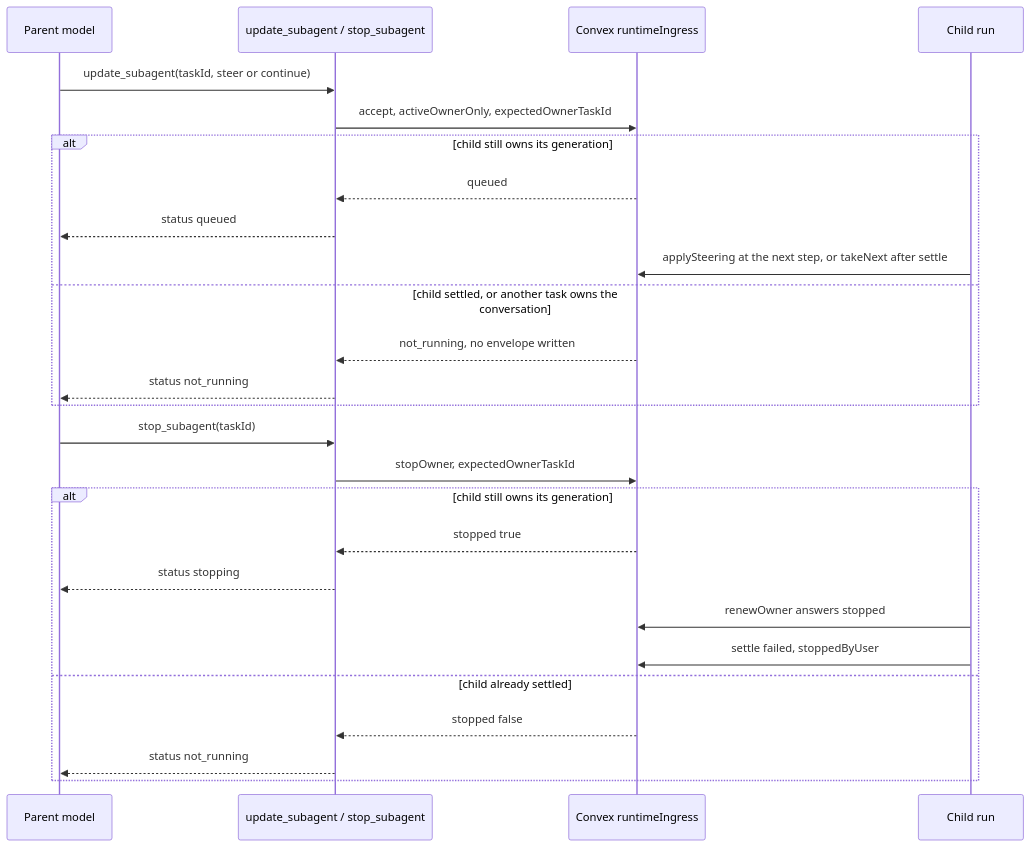
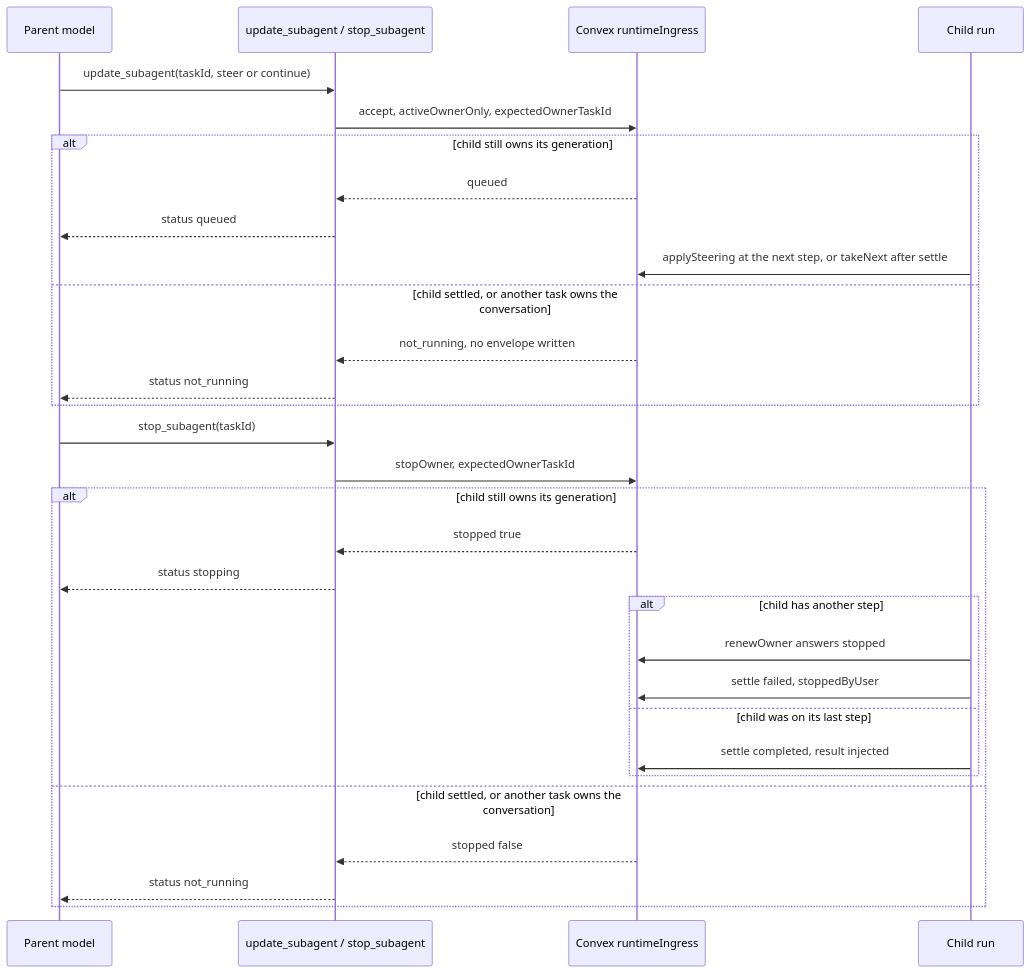
One commit to beeblastco/broods changed the third of 4 diagrams in apps/docs/docs/internals/subagents.md. Above: the diagram before and after it, drawn with Mermaid. The commit also changed other lines of this file and 8 other files, not shown here.

First line of the commit message:
docs: fix internals diagrams that disagreed with the code

````diff
--- a/apps/docs/docs/internals/subagents.md
+++ b/apps/docs/docs/internals/subagents.md
@@ -85,29 +87,33 @@
 ```mermaid
 sequenceDiagram
   participant P as Parent model
   participant T as update_subagent / stop_subagent
   participant CX as Convex runtimeIngress
   participant Ch as Child run
 
   P->>T: update_subagent(taskId, steer or continue)
   T->>CX: accept, activeOwnerOnly, expectedOwnerTaskId
   alt child still owns its generation
     CX-->>T: queued
     T-->>P: status queued
     Ch->>CX: applySteering at the next step, or takeNext after settle
   else child settled, or another task owns the conversation
     CX-->>T: not_running, no envelope written
     T-->>P: status not_running
   end
   P->>T: stop_subagent(taskId)
   T->>CX: stopOwner, expectedOwnerTaskId
   alt child still owns its generation
     CX-->>T: stopped true
     T-->>P: status stopping
-    Ch->>CX: renewOwner answers stopped
-    Ch->>CX: settle failed, stoppedByUser
-  else child already settled
+    alt child has another step
+      Ch->>CX: renewOwner answers stopped
+      Ch->>CX: settle failed, stoppedByUser
+    else child was on its last step
+      Ch->>CX: settle completed, result injected
+    end
+  else child settled, or another task owns the conversation
     CX-->>T: stopped false
     T-->>P: status not_running
   end
 ```
````
